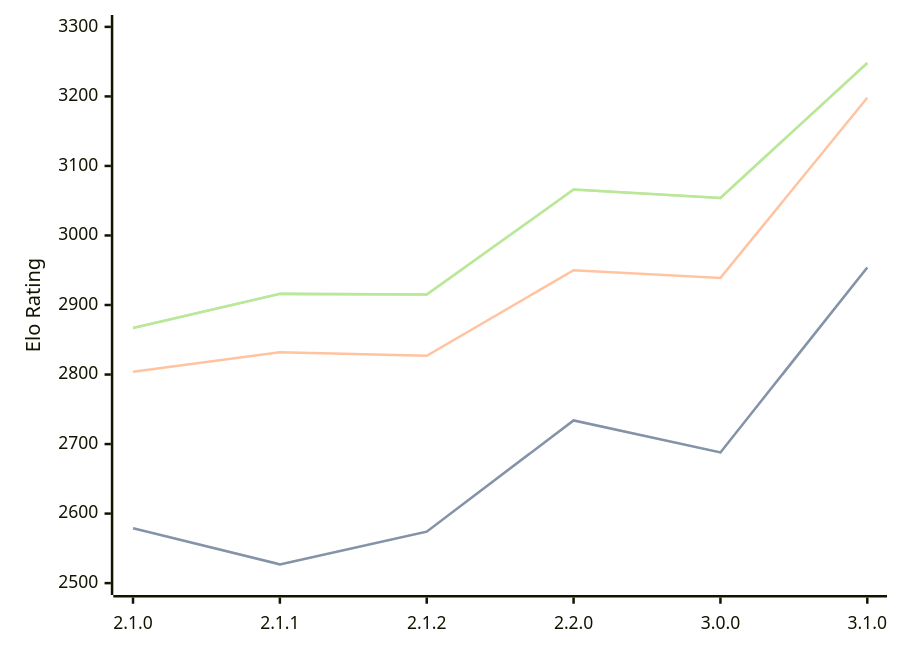
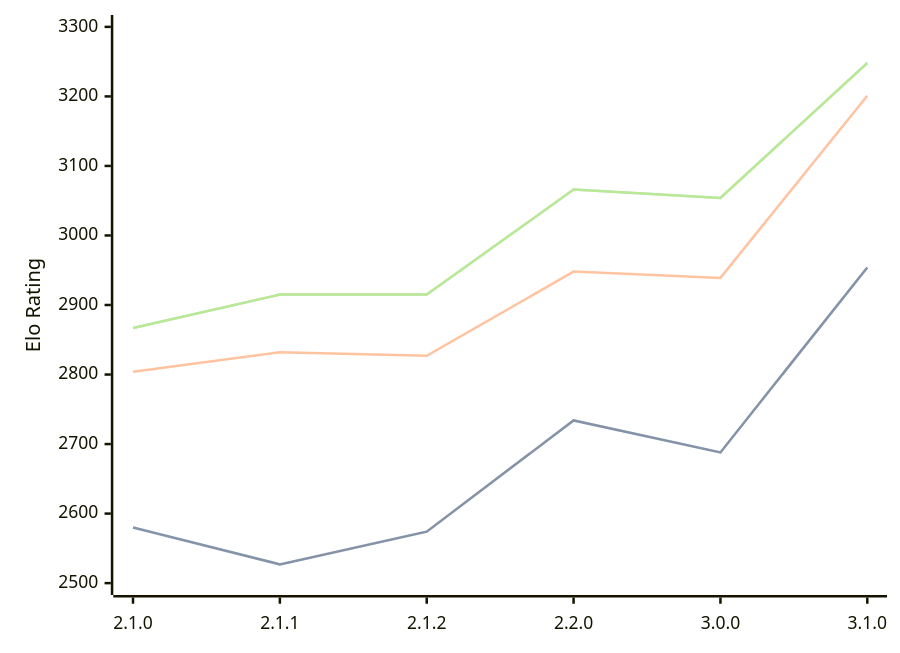
One commit to computer-chess-index/cci changed the diagram in engines/Prune.md. Above: the diagram before and after it, drawn with Mermaid. The commit also changed other lines of this file, not shown here.

Commit message:
Update CCI Ratings (ELO VLTC) - 2026-02-21

````diff
--- a/engines/Prune.md
+++ b/engines/Prune.md
@@ -37,11 +37,11 @@
 ```mermaid
 %%{init: {"theme":"base","themeVariables":{"seriesColors:['#a3a3a3','#222221','#faa371']}}}%%
 xychart-beta
   x-axis ["2.1.0", "2.1.1", "2.1.2", "2.2.0", "3.0.0", "3.1.0"]
   y-axis "Elo Rating" 2500 --> 3300
-  line "STC (8.0+0.08s)" [2579, 2527, 2574, 2734, 2688, 2954]
-  line "STC (8.0+0.08s)" [2579, 2527, 2574, 2734, 2688, 2954]
-  line "LTC (60.0+0.60s)" [2804, 2832, 2827, 2950, 2939, 3198]
-  line "VLTC (2m24s+1.12s)" [2867, 2916, 2915, 3066, 3054, 3248]
-  line "VLTC (2m24s+1.12s)" [2867, 2916, 2915, 3066, 3054, 3248]
+  line "STC (8.0+0.08s)" [2580, 2527, 2574, 2734, 2688, 2954]
+  line "STC (8.0+0.08s)" [2580, 2527, 2574, 2734, 2688, 2954]
+  line "LTC (60.0+0.60s)" [2804, 2832, 2827, 2948, 2939, 3201]
+  line "VLTC (2m24s+1.12s)" [2867, 2915, 2915, 3066, 3054, 3248]
+  line "VLTC (2m24s+1.12s)" [2867, 2915, 2915, 3066, 3054, 3248]
 ```
````
